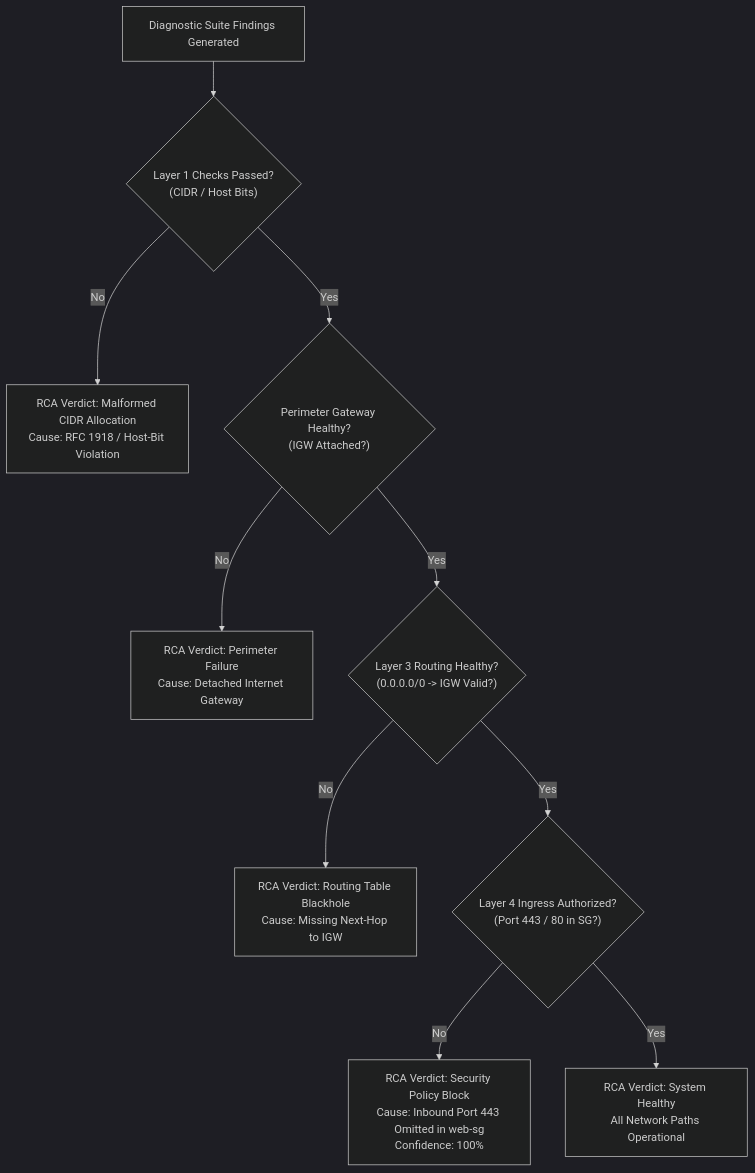
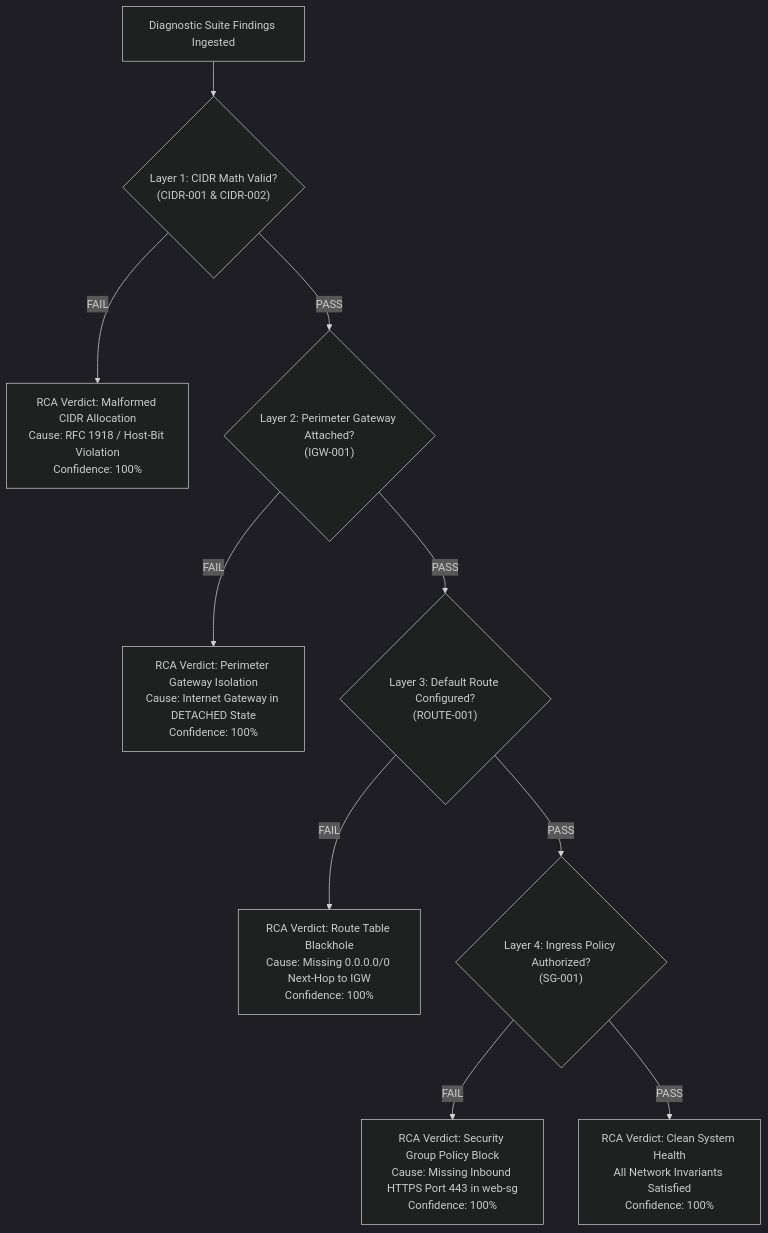
The third of 9 diagrams in docs/project_report.md (a7hu-15/cloud_ops), drawn with Mermaid (dark theme) before and after one commit. The commit also changed other lines of this file, not shown here.

````diff
--- a/docs/project_report.md
+++ b/docs/project_report.md
@@ -227,15 +433,16 @@
 ```mermaid
 flowchart TD
-    START["Diagnostic Suite Findings Generated"] --> CHECK_L1{"Layer 1 Checks Passed?<br/>(CIDR / Host Bits)"}
-    CHECK_L1 -- No --> RCA_L1["RCA Verdict: Malformed CIDR Allocation<br/>Cause: RFC 1918 / Host-Bit Violation"]
-    CHECK_L1 -- Yes --> CHECK_GW{"Perimeter Gateway Healthy?<br/>(IGW Attached?)"}
+    START["Diagnostic Suite Findings Ingested"] --> STEP1{"Layer 1: CIDR Math Valid?<br/>(CIDR-001 & CIDR-002)"}
     
-    CHECK_GW -- No --> RCA_GW["RCA Verdict: Perimeter Failure<br/>Cause: Detached Internet Gateway"]
-    CHECK_GW -- Yes --> CHECK_L3{"Layer 3 Routing Healthy?<br/>(0.0.0.0/0 -> IGW Valid?)"}
+    STEP1 -- FAIL --> RCA1["RCA Verdict: Malformed CIDR Allocation<br/>Cause: RFC 1918 / Host-Bit Violation<br/>Confidence: 100%"]
+    STEP1 -- PASS --> STEP2{"Layer 2: Perimeter Gateway Attached?<br/>(IGW-001)"}
     
-    CHECK_L3 -- No --> RCA_L3["RCA Verdict: Routing Table Blackhole<br/>Cause: Missing Next-Hop to IGW"]
-    CHECK_L3 -- Yes --> CHECK_L4{"Layer 4 Ingress Authorized?<br/>(Port 443 / 80 in SG?)"}
+    STEP2 -- FAIL --> RCA2["RCA Verdict: Perimeter Gateway Isolation<br/>Cause: Internet Gateway in DETACHED State<br/>Confidence: 100%"]
+    STEP2 -- PASS --> STEP3{"Layer 3: Default Route Configured?<br/>(ROUTE-001)"}
     
-    CHECK_L4 -- No --> RCA_L4["RCA Verdict: Security Policy Block<br/>Cause: Inbound Port 443 Omitted in web-sg<br/>Confidence: 100%"]
-    CHECK_L4 -- Yes --> RCA_HEALTHY["RCA Verdict: System Healthy<br/>All Network Paths Operational"]
+    STEP3 -- FAIL --> RCA3["RCA Verdict: Route Table Blackhole<br/>Cause: Missing 0.0.0.0/0 Next-Hop to IGW<br/>Confidence: 100%"]
+    STEP3 -- PASS --> STEP4{"Layer 4: Ingress Policy Authorized?<br/>(SG-001)"}
+    
+    STEP4 -- FAIL --> RCA4["RCA Verdict: Security Group Policy Block<br/>Cause: Missing Inbound HTTPS Port 443 in web-sg<br/>Confidence: 100%"]
+    STEP4 -- PASS --> HEALTHY["RCA Verdict: Clean System Health<br/>All Network Invariants Satisfied<br/>Confidence: 100%"]
 ```
````
